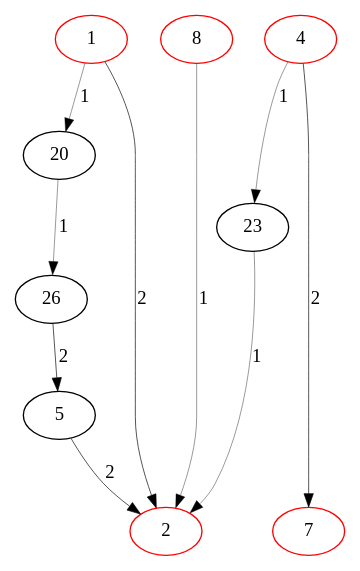
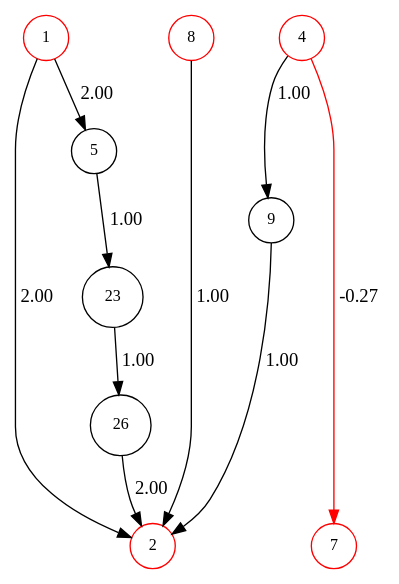
One commit to uzgit/neat changed the diagram in Digraph.gv. Above: the diagram before and after it, drawn with Graphviz. The commit also changed 4 other files, not shown here.

```diff
--- a/Digraph.gv
+++ b/Digraph.gv
@@ -1,22 +1,28 @@
 digraph {
-	1 -> 2 [color=black label=2 penwidth=0.5 style=solid]
-	8 -> 2 [color=black label=1 penwidth=0.30000000000000004 style=solid]
-	5 -> 2 [color=black label=2 penwidth=0.5 style=solid]
-	4 -> 7 [color=black label=2 penwidth=0.5 style=solid]
-	1 -> 20 [color=black label=1 penwidth=0.30000000000000004 style=solid]
-	4 -> 23 [color=black label=1 penwidth=0.30000000000000004 style=solid]
-	23 -> 2 [color=black label=1 penwidth=0.30000000000000004 style=solid]
-	20 -> 26 [color=black label=1 penwidth=0.30000000000000004 style=solid]
-	26 -> 5 [color=black label=2 penwidth=0.5 style=solid]
+	1 -> 2 [color=black label=2.00 style=solid]
+	1 -> 5 [color=black label=2.00 style=solid]
+	4 -> 7 [color=red label=-0.27 style=solid]
+	4 -> 9 [color=black label=1.00 style=solid]
+	8 -> 2 [color=black label=1.00 style=solid]
+	5 -> 23 [color=black label=1.00 style=solid]
+	9 -> 2 [color=black label=1.00 style=solid]
+	23 -> 26 [color=black label=1.00 style=solid]
+	26 -> 2 [color=black label=2.00 style=solid]
 	subgraph "input nodes" {
 		graph [rank=min]
-		1 [color=red]
-		4 [color=red]
-		8 [color=red]
+		1 [color=red fontsize=12 height=0.2 shape=circle width=0.2]
+		4 [color=red fontsize=12 height=0.2 shape=circle width=0.2]
+		8 [color=red fontsize=12 height=0.2 shape=circle width=0.2]
+	}
+	subgraph "hidden nodes" {
+		5 [fontsize=12 height=0.2 shape=circle width=0.2]
+		9 [fontsize=12 height=0.2 shape=circle width=0.2]
+		23 [fontsize=12 height=0.2 shape=circle width=0.2]
+		26 [fontsize=12 height=0.2 shape=circle width=0.2]
 	}
 	subgraph "output nodes" {
 		graph [rank=max]
-		2 [color=red]
-		7 [color=red]
+		2 [color=red fontsize=12 height=0.2 shape=circle width=0.2]
+		7 [color=red fontsize=12 height=0.2 shape=circle width=0.2]
 	}
 }
```
